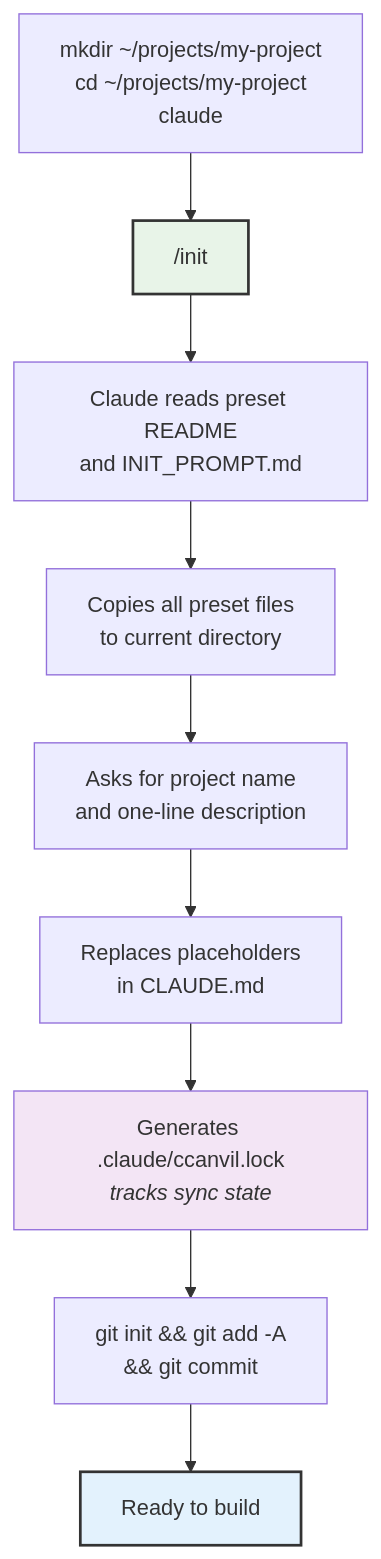
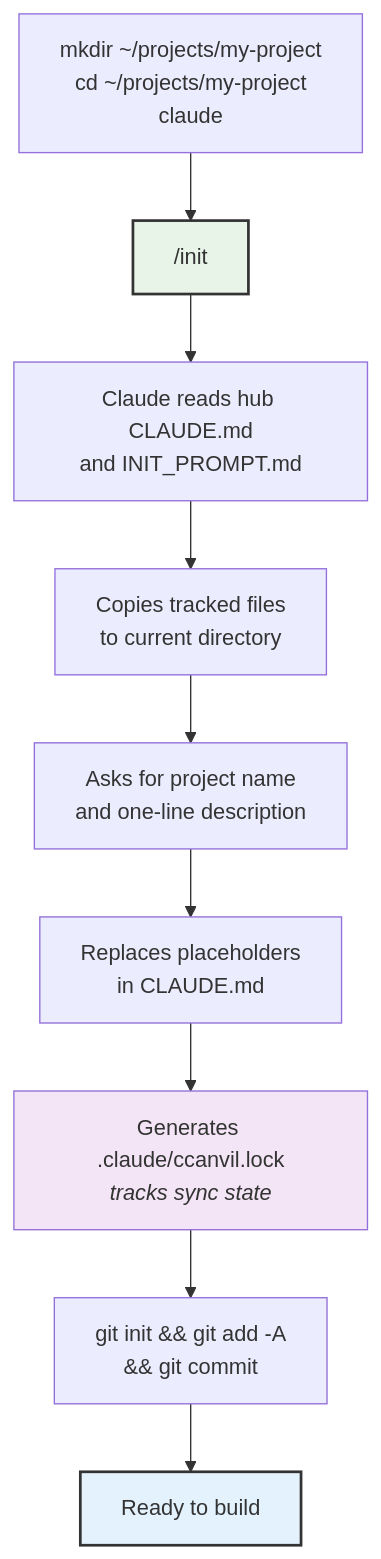
One commit to goldhaxx/fucina changed the second of 2 diagrams in .ccanvil/guide/getting-started.md. Above: the diagram before and after it, drawn with Mermaid. The commit also changed 15 other files, not shown here.

````diff
--- a/.ccanvil/guide/getting-started.md
+++ b/.ccanvil/guide/getting-started.md
@@ -19,15 +19,15 @@
 ```mermaid
 flowchart TD
     A["mkdir ~/projects/my-project<br/>cd ~/projects/my-project<br/>claude"] --> B["/init"]
-    B --> C["Claude reads preset README<br/>and INIT_PROMPT.md"]
-    C --> D["Copies all preset files<br/>to current directory"]
+    B --> C["Claude reads hub CLAUDE.md<br/>and INIT_PROMPT.md"]
+    C --> D["Copies tracked files<br/>to current directory"]
     D --> E["Asks for project name<br/>and one-line description"]
     E --> F["Replaces placeholders<br/>in CLAUDE.md"]
     F --> G["Generates .claude/ccanvil.lock<br/><i>tracks sync state</i>"]
     G --> H["git init && git add -A<br/>&& git commit"]
     H --> I["Ready to build"]
 
     style B fill:#e8f4e8,stroke:#333,stroke-width:2px
     style G fill:#f3e5f5
     style I fill:#e3f2fd,stroke:#333,stroke-width:2px
 ```
````
